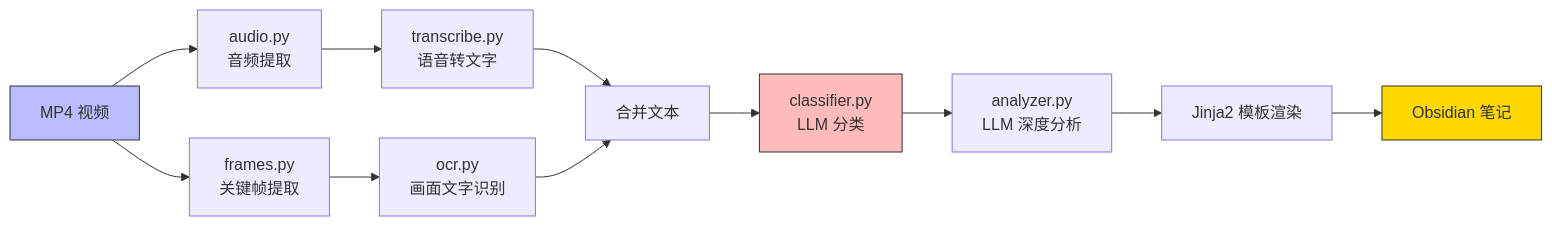
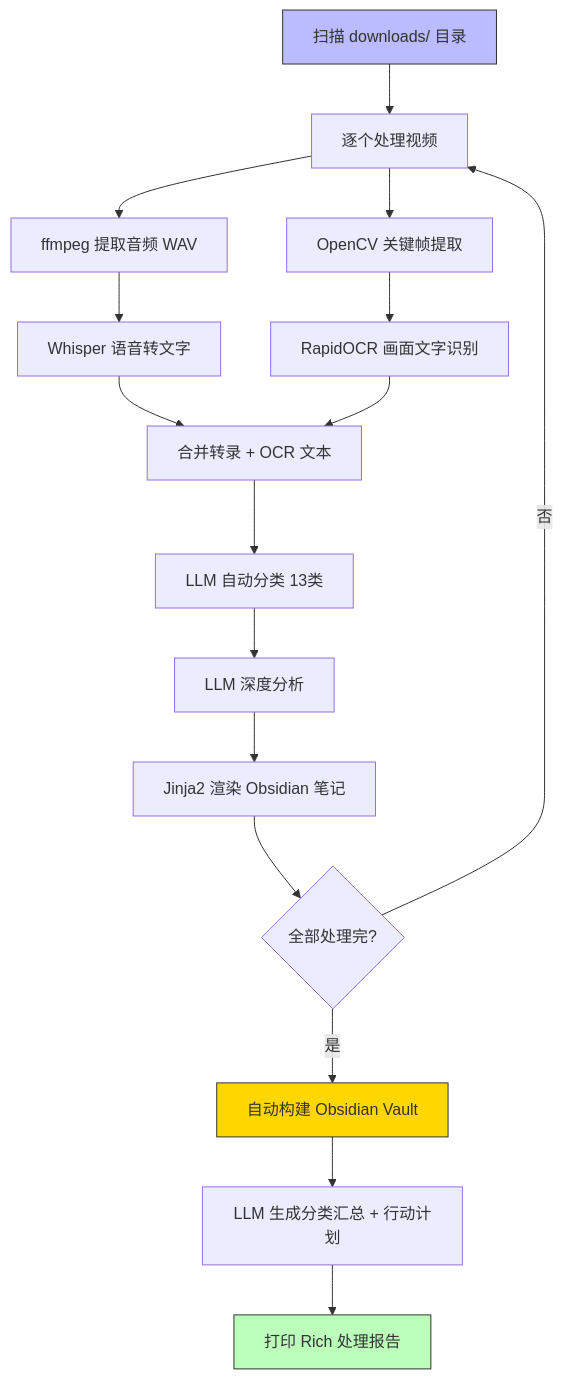
Before and after one commit to aijoey298/weixin-favor-kb: the second of 14 diagrams in blog.md, drawn with Mermaid. The commit also changed other lines of this file, not shown here.

First line of the commit message:
Rewrite blog: restructure into 快速开始/使用效果/代码详解 with 14 Mermaid diagrams

````diff
--- a/blog.md
+++ b/blog.md
@@ -233,17 +127,22 @@
 ```mermaid
-flowchart LR
-    A[MP4 视频] --> B[audio.py<br/>音频提取]
-    B --> C[transcribe.py<br/>语音转文字]
-    A --> D[frames.py<br/>关键帧提取]
-    D --> E[ocr.py<br/>画面文字识别]
-    C --> F[合并文本]
-    E --> F
-    F --> G[classifier.py<br/>LLM 分类]
-    G --> H[analyzer.py<br/>LLM 深度分析]
-    H --> I[Jinja2 模板渲染]
-    I --> J[Obsidian 笔记]
+flowchart TD
+    A["扫描 downloads/ 目录"] --> B["逐个处理视频"]
+    B --> C["ffmpeg 提取音频 WAV"]
+    C --> D["Whisper 语音转文字"]
+    B --> E["OpenCV 关键帧提取"]
+    E --> F["RapidOCR 画面文字识别"]
+    D --> G["合并转录 + OCR 文本"]
+    F --> G
+    G --> H["LLM 自动分类 13类"]
+    H --> I["LLM 深度分析"]
+    I --> J["Jinja2 渲染 Obsidian 笔记"]
+    J --> K{"全部处理完?"}
+    K -->|否| B
+    K -->|是| L["自动构建 Obsidian Vault"]
+    L --> M["LLM 生成分类汇总 + 行动计划"]
+    M --> N["打印 Rich 处理报告"]
 
     style A fill:#bbf,stroke:#333
-    style G fill:#fbb,stroke:#333
-    style J fill:#ffd700,stroke:#333
+    style L fill:#ffd700,stroke:#333
+    style N fill:#bfb,stroke:#333
 ```
````
